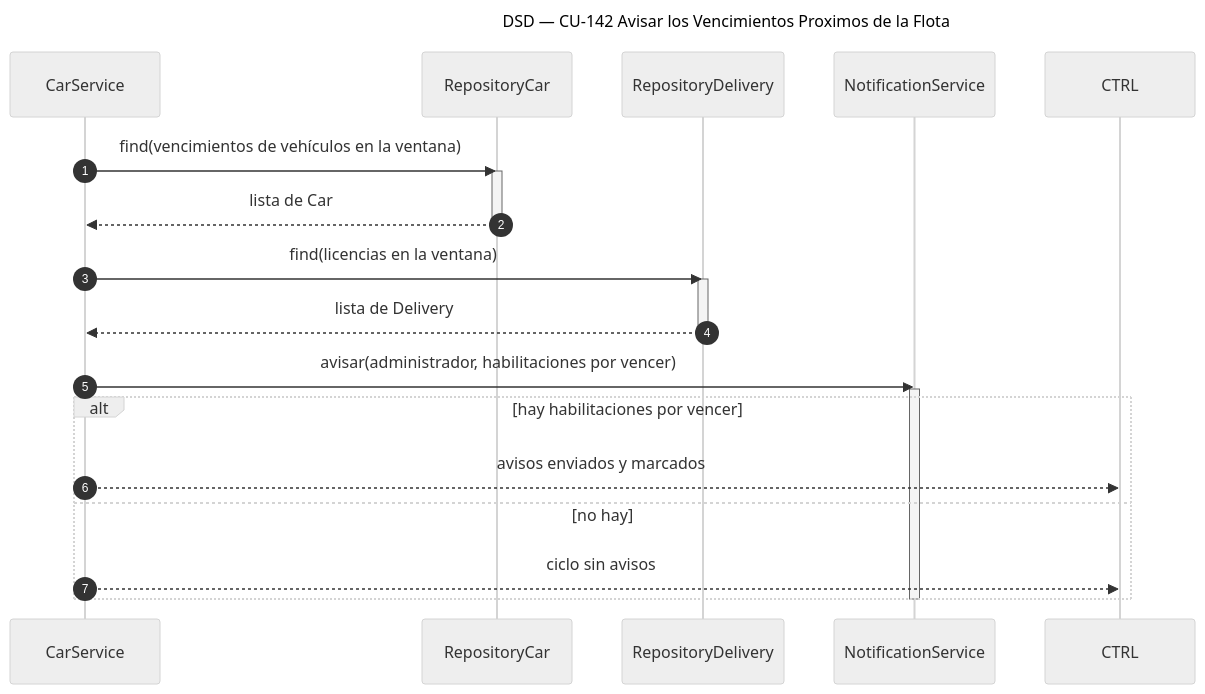
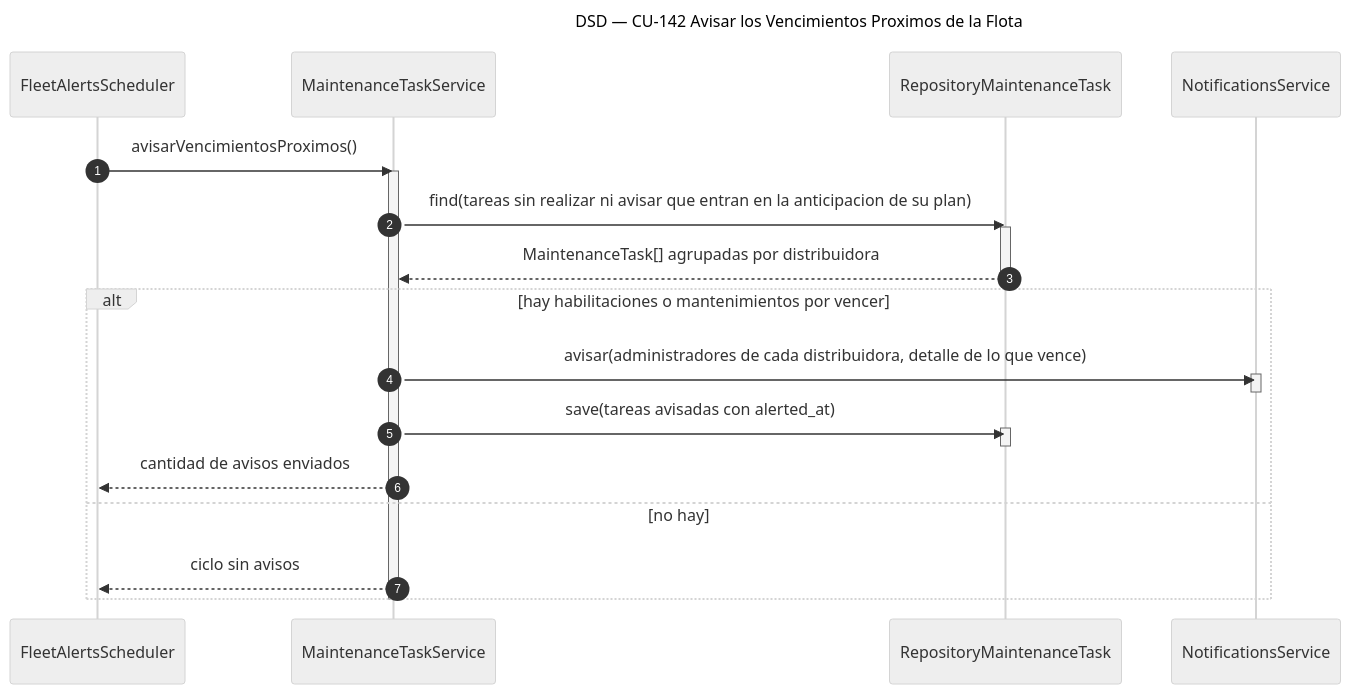
The diagram in diagramas/DSD_CU-142_Avisar-los-Vencimientos-Proximos-de-la-Flota.mmd (Nahuelito-Dev/splg-docs), drawn with Mermaid (neutral theme) before and after one commit. The commit also changed 19 other files, not shown here.

First line of the commit message:
docs(flota): los DSD de CU-136 a CU-142 y el diagrama de clases con el modelo nuevo

```diff
--- a/diagramas/DSD_CU-142_Avisar-los-Vencimientos-Proximos-de-la-Flota.mmd
+++ b/diagramas/DSD_CU-142_Avisar-los-Vencimientos-Proximos-de-la-Flota.mmd
@@ -1,24 +1,26 @@
 sequenceDiagram
     title DSD — CU-142 Avisar los Vencimientos Proximos de la Flota
     autonumber
-    participant SRV as CarService
-    participant VREP as RepositoryCar
-    participant DREP as RepositoryDelivery
-    participant NOT as NotificationService
+    participant SCH as FleetAlertsScheduler
+    participant SRV as MaintenanceTaskService
+    participant TREP as RepositoryMaintenanceTask
+    participant NOT as NotificationsService
 
-    SRV->>VREP: find(vencimientos de vehículos en la ventana)
-    activate VREP
-    VREP-->>SRV: lista de Car
-    deactivate VREP
-    SRV->>DREP: find(licencias en la ventana)
-    activate DREP
-    DREP-->>SRV: lista de Delivery
-    deactivate DREP
-    SRV->>NOT: avisar(administrador, habilitaciones por vencer)
-    activate NOT
-    alt hay habilitaciones por vencer
-        SRV-->>CTRL: avisos enviados y marcados
+    SCH->>SRV: avisarVencimientosProximos()
+    activate SRV
+    SRV->>TREP: find(tareas sin realizar ni avisar que entran en la anticipacion de su plan)
+    activate TREP
+    TREP-->>SRV: MaintenanceTask[] agrupadas por distribuidora
+    deactivate TREP
+    alt hay habilitaciones o mantenimientos por vencer
+        SRV->>NOT: avisar(administradores de cada distribuidora, detalle de lo que vence)
+        activate NOT
+        deactivate NOT
+        SRV->>TREP: save(tareas avisadas con alerted_at)
+        activate TREP
+        deactivate TREP
+        SRV-->>SCH: cantidad de avisos enviados
     else no hay
-        SRV-->>CTRL: ciclo sin avisos
+        SRV-->>SCH: ciclo sin avisos
     end
-    deactivate NOT
+    deactivate SRV
```
